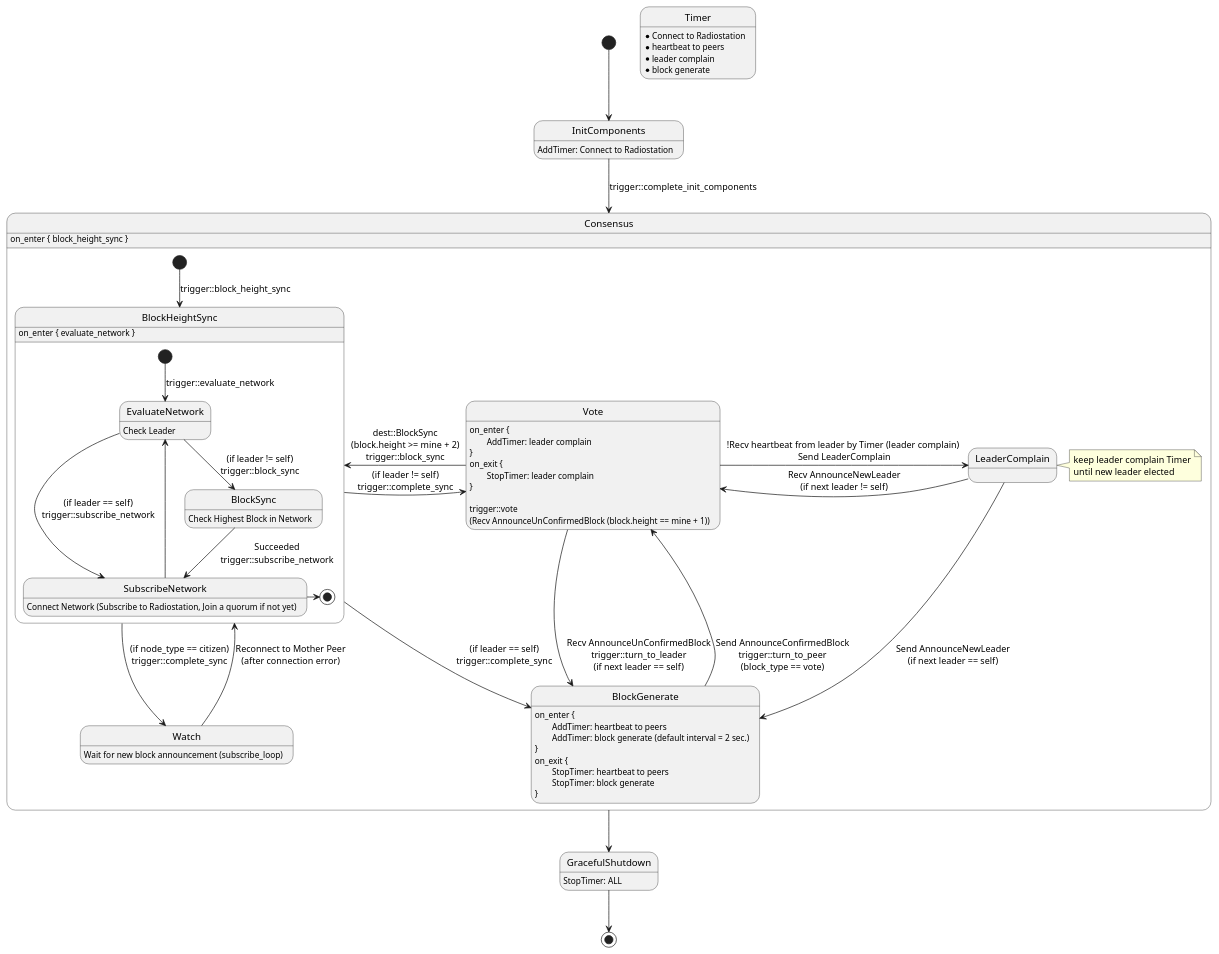
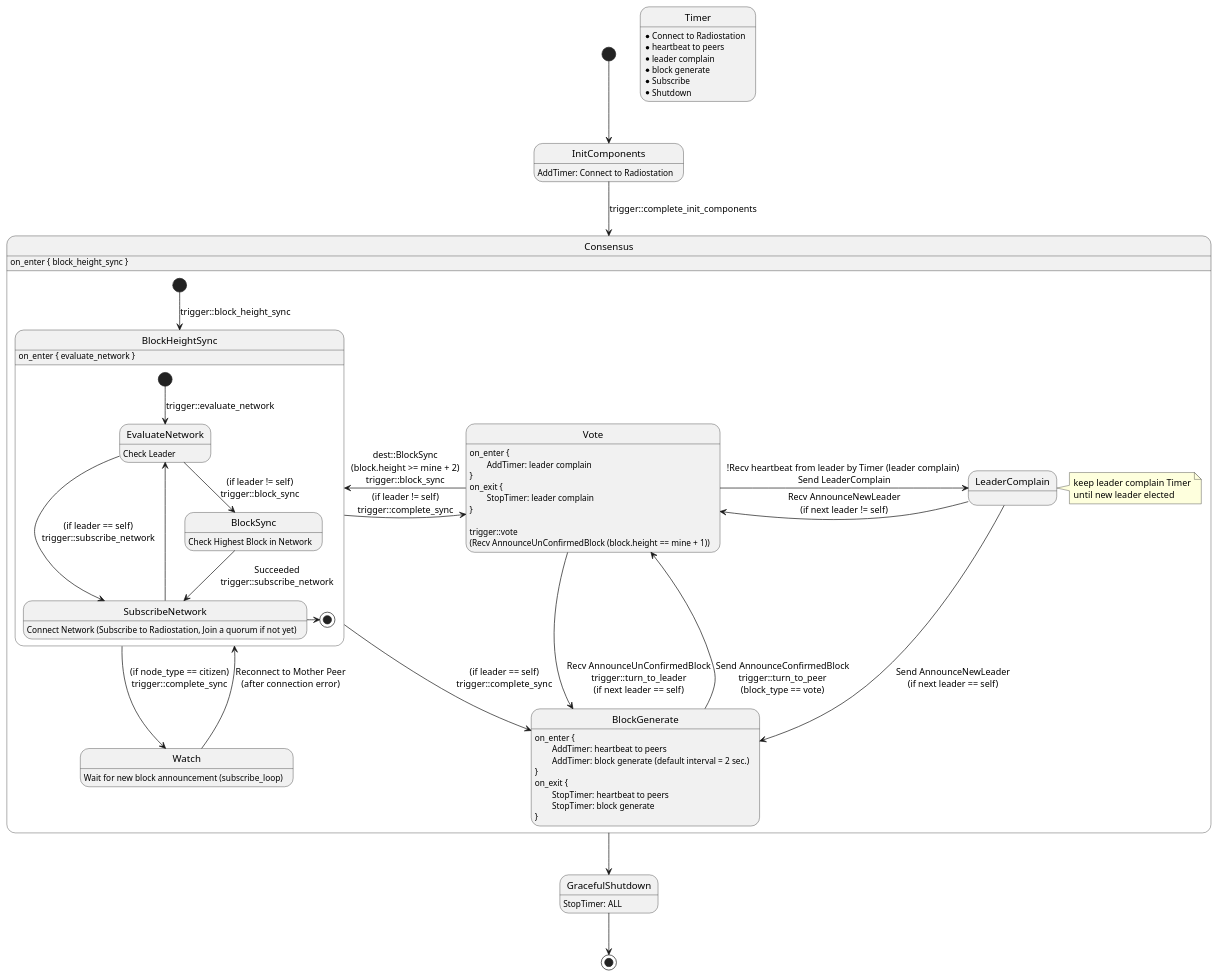
One commit to icon-project/loopchain changed the diagram in docs/8. diagram/state_machine_in_siever.wsd. Above: the diagram before and after it, drawn with PlantUML.

Commit message:
update state diagram for citizen upgrade

```diff
--- a/docs/8. diagram/state_machine_in_siever.wsd
+++ b/docs/8. diagram/state_machine_in_siever.wsd
@@ -1,75 +1,77 @@
 @startuml State Machine in Siever
 
 [*] --> InitComponents
 InitComponents: AddTimer: Connect to Radiostation
 
 InitComponents --> Consensus : trigger::complete_init_components
 
 state Timer
 Timer: * Connect to Radiostation
 Timer: * heartbeat to peers
 Timer: * leader complain
 Timer: * block generate
+Timer: * Subscribe
+Timer: * Shutdown
 
 state Consensus {
     Consensus: on_enter { block_height_sync }
     [*] --> BlockHeightSync : trigger::block_height_sync
 
     state BlockHeightSync {
         [*] --> EvaluateNetwork : trigger::evaluate_network
 
         EvaluateNetwork: Check Leader
         EvaluateNetwork --> BlockSync : (if leader != self)\ntrigger::block_sync
         EvaluateNetwork --> SubscribeNetwork : (if leader == self)\ntrigger::subscribe_network
 
         BlockSync: Check Highest Block in Network
         BlockSync --> SubscribeNetwork : Succeeded\ntrigger::subscribe_network
 
         SubscribeNetwork: Connect Network (Subscribe to Radiostation, Join a quorum if not yet)
         SubscribeNetwork -up-> EvaluateNetwork
         SubscribeNetwork -right-> [*]
     }
     BlockHeightSync: on_enter { evaluate_network }
     BlockHeightSync -> Watch: (if node_type == citizen)\ntrigger::complete_sync
     BlockHeightSync -> Vote: (if leader != self)\ntrigger::complete_sync
     BlockHeightSync --> BlockGenerate: (if leader == self)\ntrigger::complete_sync
     
     Watch: Wait for new block announcement (subscribe_loop)
     Watch --> BlockHeightSync: Reconnect to Mother Peer\n(after connection error)
     Vote: on_enter {
     Vote: \tAddTimer: leader complain
     Vote: }
     Vote: on_exit {
     Vote: \tStopTimer: leader complain
     Vote: }
     Vote: 
     Vote: trigger::vote\n(Recv AnnounceUnConfirmedBlock (block.height == mine + 1))
     Vote -left-> BlockHeightSync : dest::BlockSync\n(block.height >= mine + 2)\ntrigger::block_sync
     Vote -> BlockGenerate : Recv AnnounceUnConfirmedBlock\ntrigger::turn_to_leader\n(if next leader == self)
     Vote -> LeaderComplain : !Recv heartbeat from leader by Timer (leader complain) \nSend LeaderComplain
 
     BlockGenerate: on_enter {
     BlockGenerate: \tAddTimer: heartbeat to peers
     BlockGenerate: \tAddTimer: block generate (default interval = 2 sec.)
     BlockGenerate: }
     BlockGenerate: on_exit {
     BlockGenerate: \tStopTimer: heartbeat to peers
     BlockGenerate: \tStopTimer: block generate
     BlockGenerate: }
     BlockGenerate -> Vote : Send AnnounceConfirmedBlock\ntrigger::turn_to_peer\n(block_type == vote)
 
     state LeaderComplain
     note right of LeaderComplain
       keep leader complain Timer
       until new leader elected
     end note
     LeaderComplain -> Vote : Recv AnnounceNewLeader\n(if next leader != self)
     LeaderComplain --> BlockGenerate : Send AnnounceNewLeader\n(if next leader == self)
 }
 
 Consensus --> GracefulShutdown
 
 GracefulShutdown: StopTimer: ALL
 GracefulShutdown --> [*]
 
 @enduml
```
